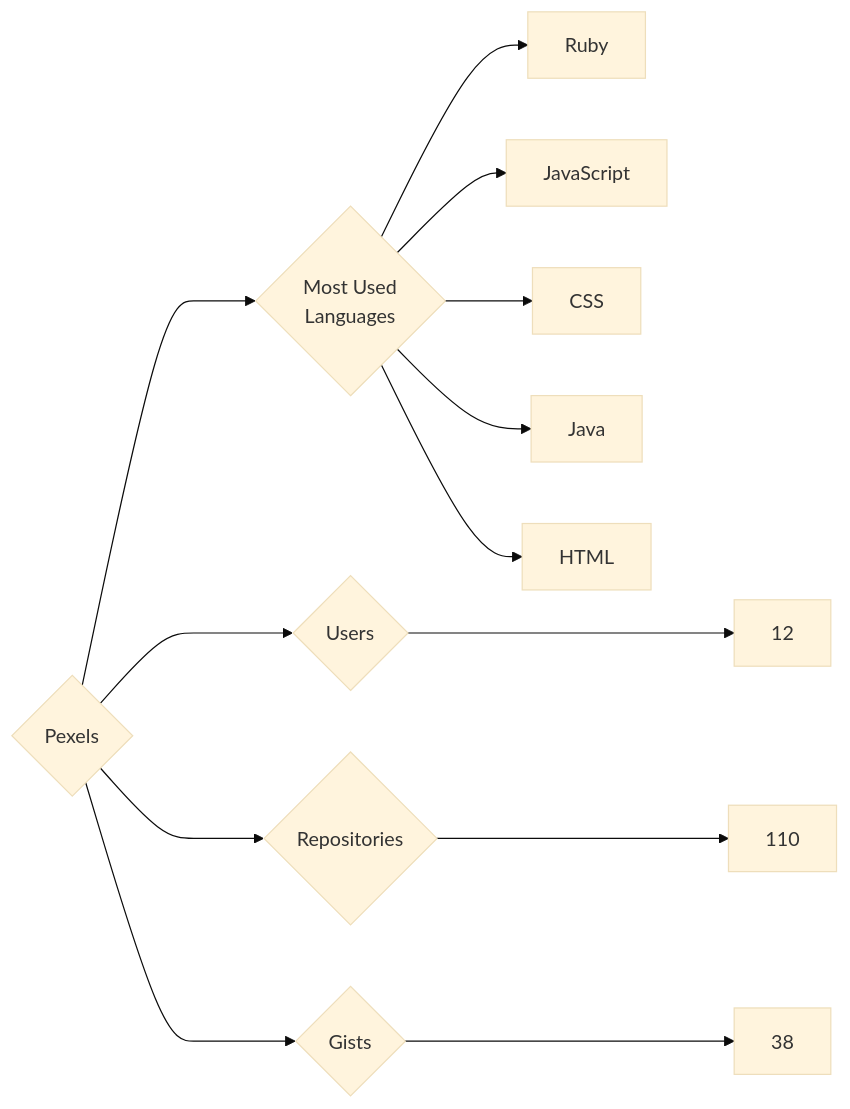
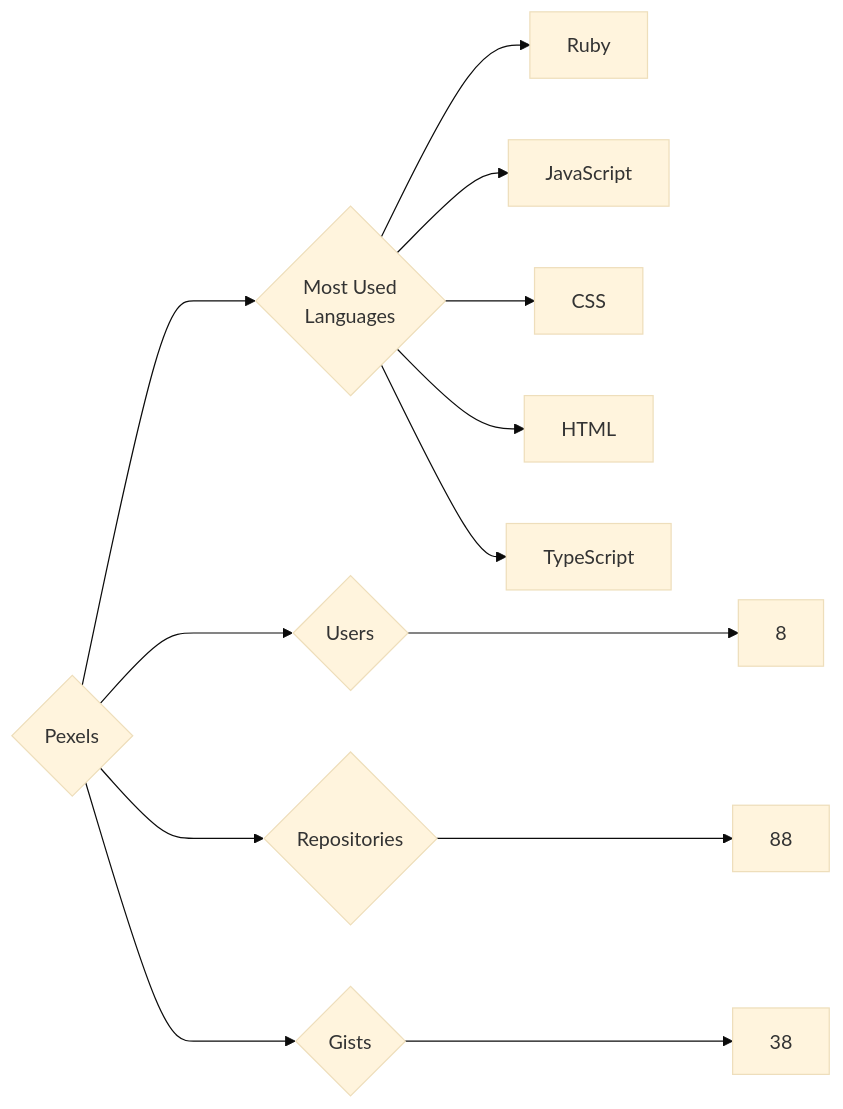
One commit to trickest/insiders changed the diagram in targets/Pexels/README.md. Above: the diagram before and after it, drawn with Mermaid (base theme). The commit also changed 940 other files, not shown here.

````diff
--- a/targets/Pexels/README.md
+++ b/targets/Pexels/README.md
@@ -3,13 +3,13 @@
 ```mermaid
 graph LR
 COMPANY_NAME{Pexels}
-COMPANY_NAME ---> U{Users} ---> UN[12]
-COMPANY_NAME ---> R{Repositories} ---> RN[110]
+COMPANY_NAME ---> U{Users} ---> UN[8]
+COMPANY_NAME ---> R{Repositories} ---> RN[88]
 COMPANY_NAME ---> G{Gists} ---> GN[38]
 COMPANY_NAME ---> ML{Most Used<br>Languages}
 ML --> Ruby[Ruby]
 ML --> JavaScript[JavaScript]
 ML --> CSS[CSS]
-ML --> Java[Java]
 ML --> HTML[HTML]
+ML --> TypeScript[TypeScript]
 ```
````
